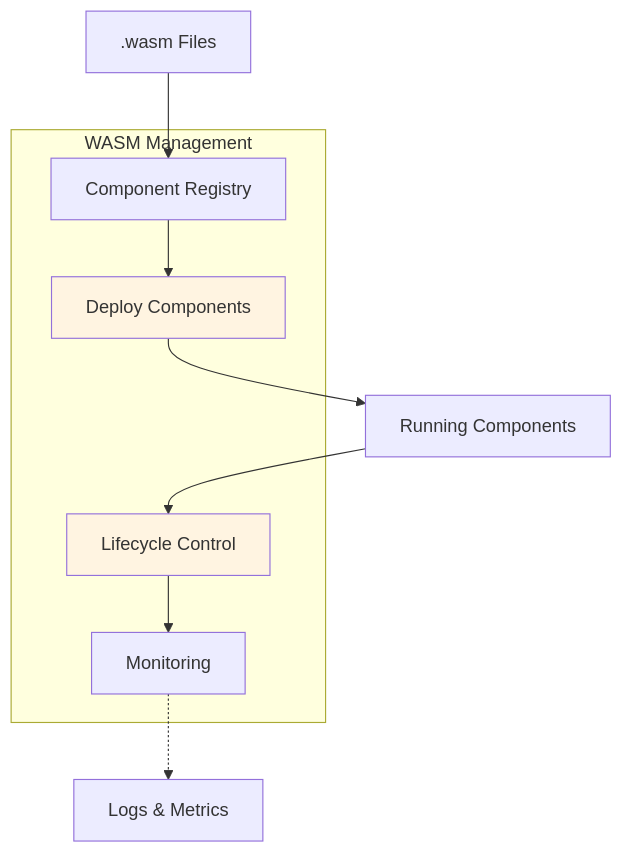
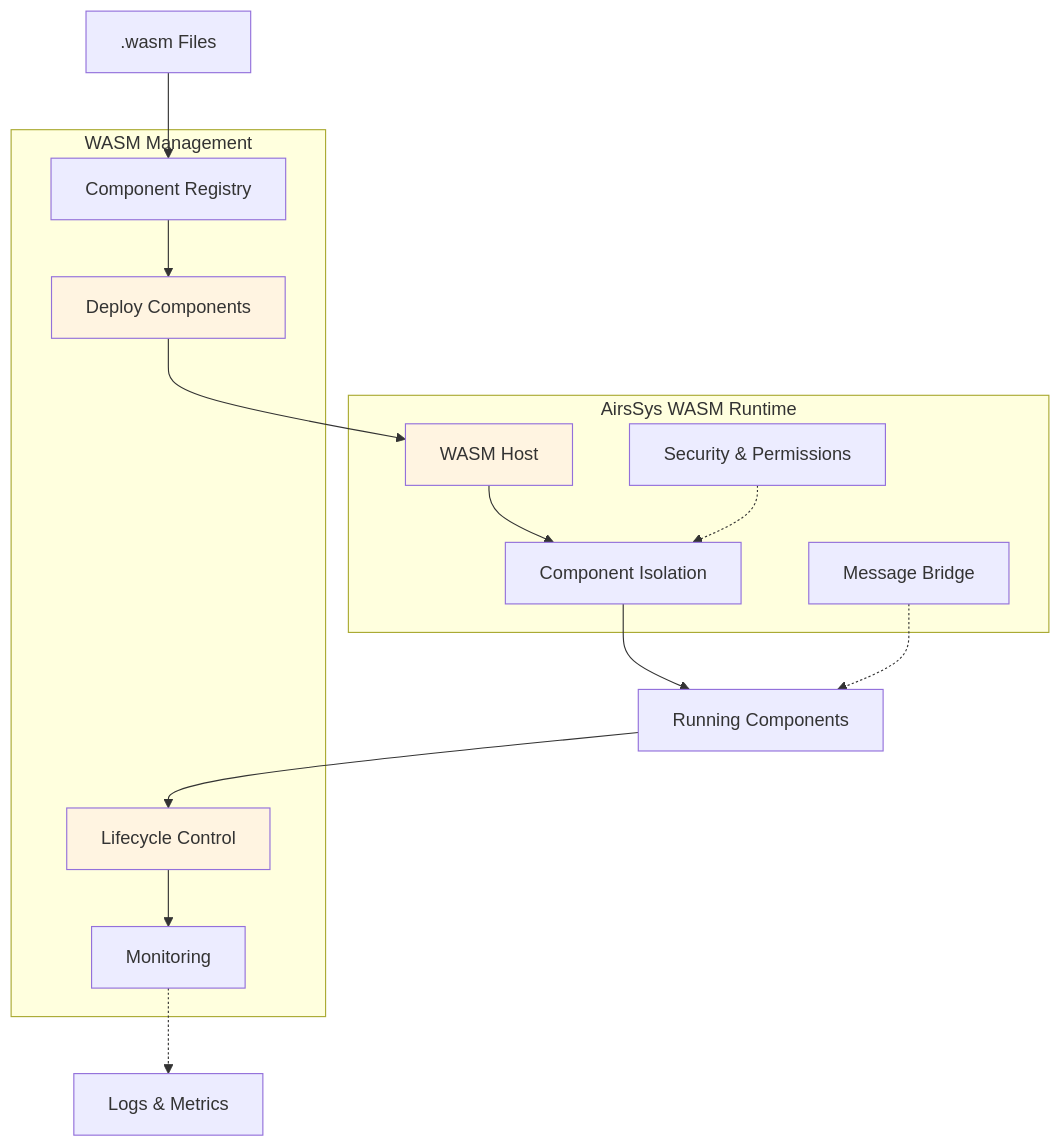
One commit to airsstack/airsstack changed the fourth of 9 diagrams in README.md. Above: the diagram before and after it, drawn with Mermaid. The commit also changed other lines of this file, not shown here.

First line of the commit message:
docs: add detailed architecture descriptions and ecosystem relationships

````diff
--- a/README.md
+++ b/README.md
@@ -266,19 +382,32 @@
 ```mermaid
 graph TB
     subgraph "WASM Management"
         REGISTRY[Component Registry]
         DEPLOY[Deploy Components]
         LIFECYCLE[Lifecycle Control]
         MONITOR[Monitoring]
     end
     
+    subgraph "AirsSys WASM Runtime"
+        HOST[WASM Host]
+        ISOLATE[Component Isolation]
+        BRIDGE[Message Bridge]
+        SECURITY[Security & Permissions]
+    end
+    
     WASM_FILE[.wasm Files] --> REGISTRY
     REGISTRY --> DEPLOY
-    DEPLOY --> RUNNING[Running Components]
+    DEPLOY --> HOST
+    HOST --> ISOLATE
+    ISOLATE --> RUNNING[Running Components]
     RUNNING --> LIFECYCLE
     LIFECYCLE --> MONITOR
     MONITOR -.-> LOGS[Logs & Metrics]
     
+    BRIDGE -.-> RUNNING
+    SECURITY -.-> ISOLATE
+    
     style DEPLOY fill:#fff4e1
     style LIFECYCLE fill:#fff4e1
+    style HOST fill:#fff4e1
 ```
````
